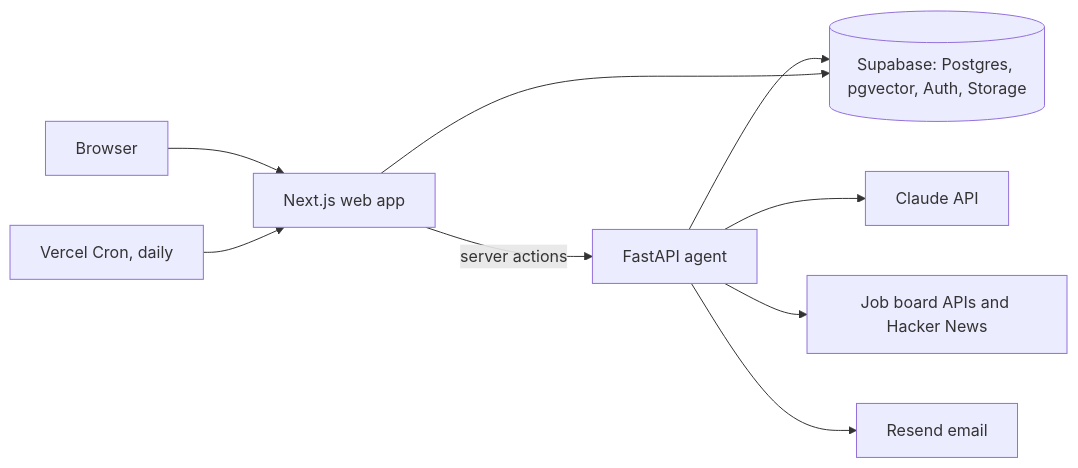
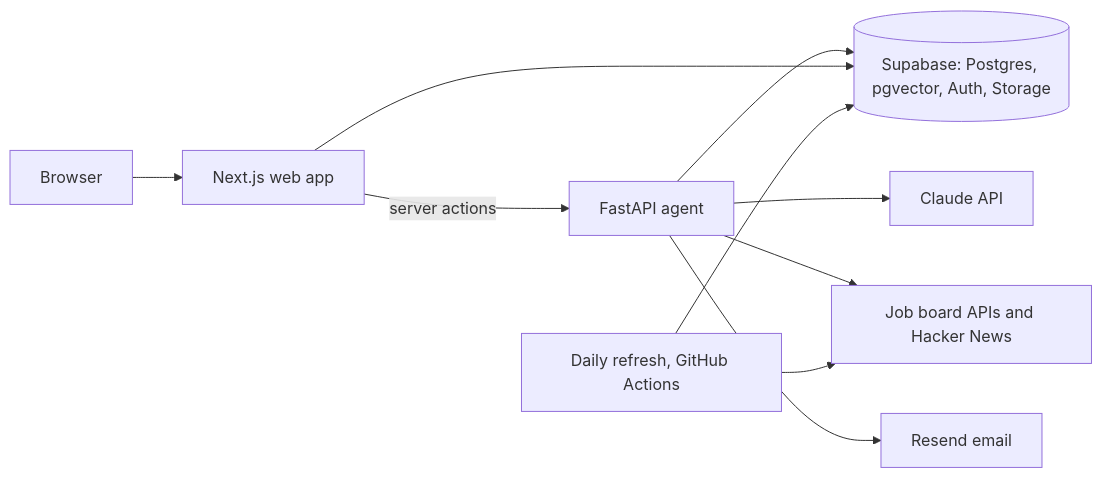
The diagram in README.md (ernestoreyesdev/job-scout), drawn with Mermaid before and after one commit. The commit also changed other lines of this file and 16 other files, not shown here.

Commit message:
feat: run the daily board refresh in github actions and embed every job missing an embedding

````diff
--- a/README.md
+++ b/README.md
@@ -28,11 +28,12 @@
 ```mermaid
 flowchart LR
   browser[Browser] --> web[Next.js web app]
-  cron[Vercel Cron, daily] --> web
   web -- "server actions" --> agent[FastAPI agent]
   agent --> db[(Supabase: Postgres, pgvector, Auth, Storage)]
   web --> db
   agent --> claude[Claude API]
   agent --> boards[Job board APIs and Hacker News]
   agent --> resend[Resend email]
+  refresh[Daily refresh, GitHub Actions] --> boards
+  refresh --> db
 ```
````
